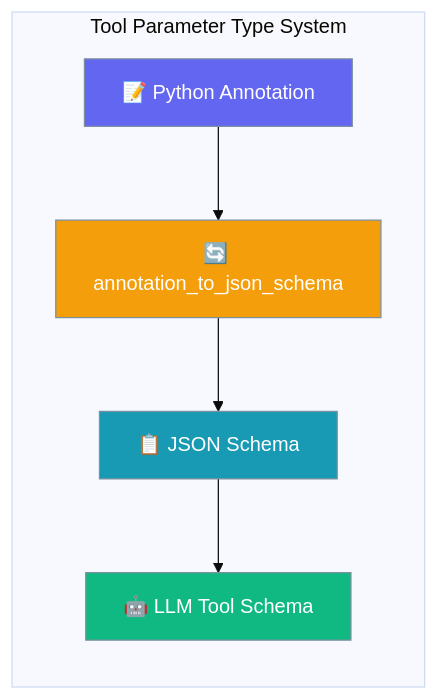
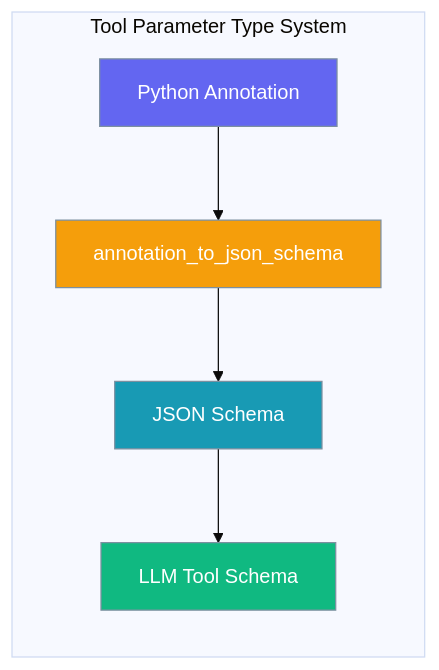
One commit to MervinPraison/PraisonAIDocs changed the diagram in docs/tools/parameter-types.mdx. Above: the diagram before and after it, drawn with Mermaid (base theme). The commit also changed other lines of this file and 3 other files, not shown here.

````diff
--- a/docs/tools/parameter-types.mdx
+++ b/docs/tools/parameter-types.mdx
@@ -27,18 +27,18 @@
 ```mermaid
 graph LR
     subgraph "Tool Parameter Type System"
-        A[📝 Python Annotation] --> B[🔄 annotation_to_json_schema] 
-        B --> C[📋 JSON Schema]
-        C --> D[🤖 LLM Tool Schema]
+        A[Python Annotation] --> B[annotation_to_json_schema] 
+        B --> C[JSON Schema]
+        C --> D[LLM Tool Schema]
     end
     
     classDef annotation fill:#6366F1,stroke:#7C90A0,color:#fff
     classDef process fill:#F59E0B,stroke:#7C90A0,color:#fff
     classDef schema fill:#189AB4,stroke:#7C90A0,color:#fff
     classDef output fill:#10B981,stroke:#7C90A0,color:#fff
     
     class A annotation
     class B process
     class C schema
     class D output
 ```
````
